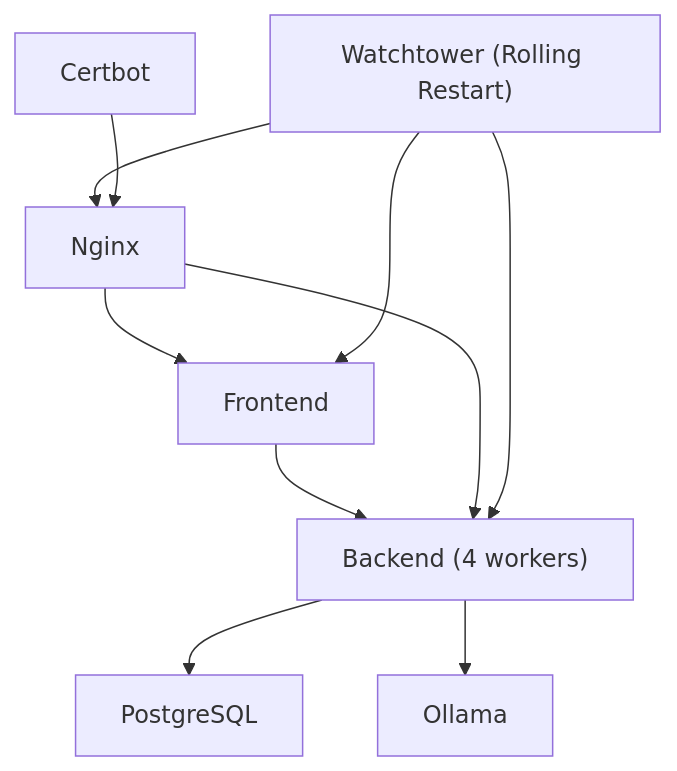
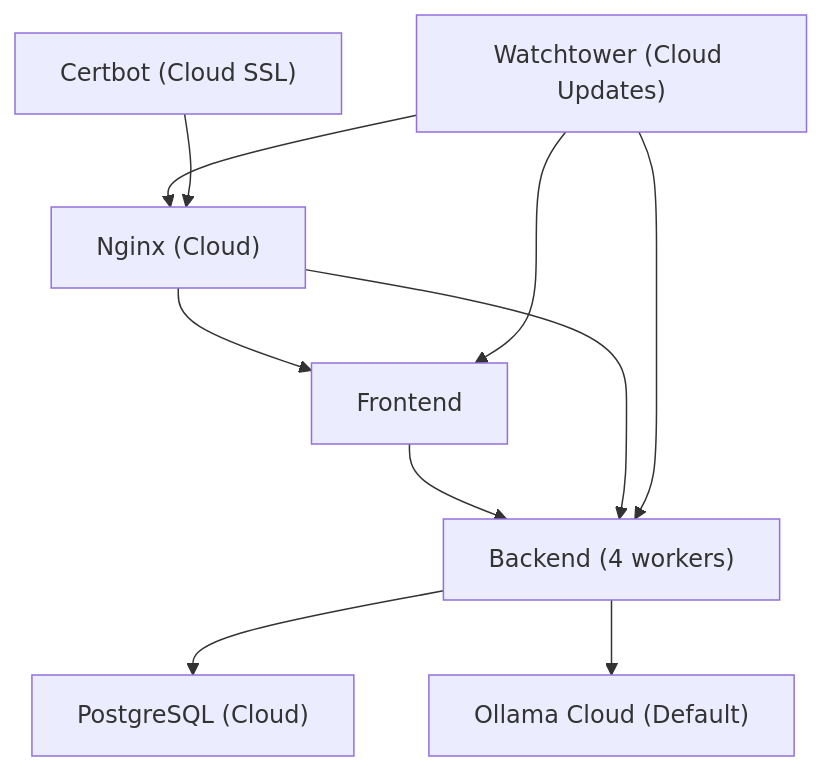
Before and after one commit to Revanththetalogics/aireume: the seventh of 8 diagrams in .qoder/repowiki/en/content/Deployment & DevOps/Deployment & DevOps.md, drawn with Mermaid. The commit also changed other lines of this file and 11 other files, not shown here.

````diff
--- a/.qoder/repowiki/en/content/Deployment & DevOps/Deployment & DevOps.md
+++ b/.qoder/repowiki/en/content/Deployment & DevOps/Deployment & DevOps.md
@@ -254,12 +304,12 @@
 ```mermaid
 graph TD
-Backend["Backend (4 workers)"] --> DB["PostgreSQL"]
-Backend --> Ollama["Ollama"]
+Backend["Backend (4 workers)"] --> DB["PostgreSQL (Cloud)"]
+Backend --> OllamaCloud["Ollama Cloud (Default)"]
 Frontend["Frontend"] --> Backend
-Nginx["Nginx"] --> Frontend
+Nginx["Nginx (Cloud)"] --> Frontend
 Nginx --> Backend
-Watchtower["Watchtower (Rolling Restart)"] --> Backend
+Watchtower["Watchtower (Cloud Updates)"] --> Backend
 Watchtower --> Frontend
 Watchtower --> Nginx
-Certbot["Certbot"] --> Nginx
+Certbot["Certbot (Cloud SSL)"] --> Nginx
 ```
````
